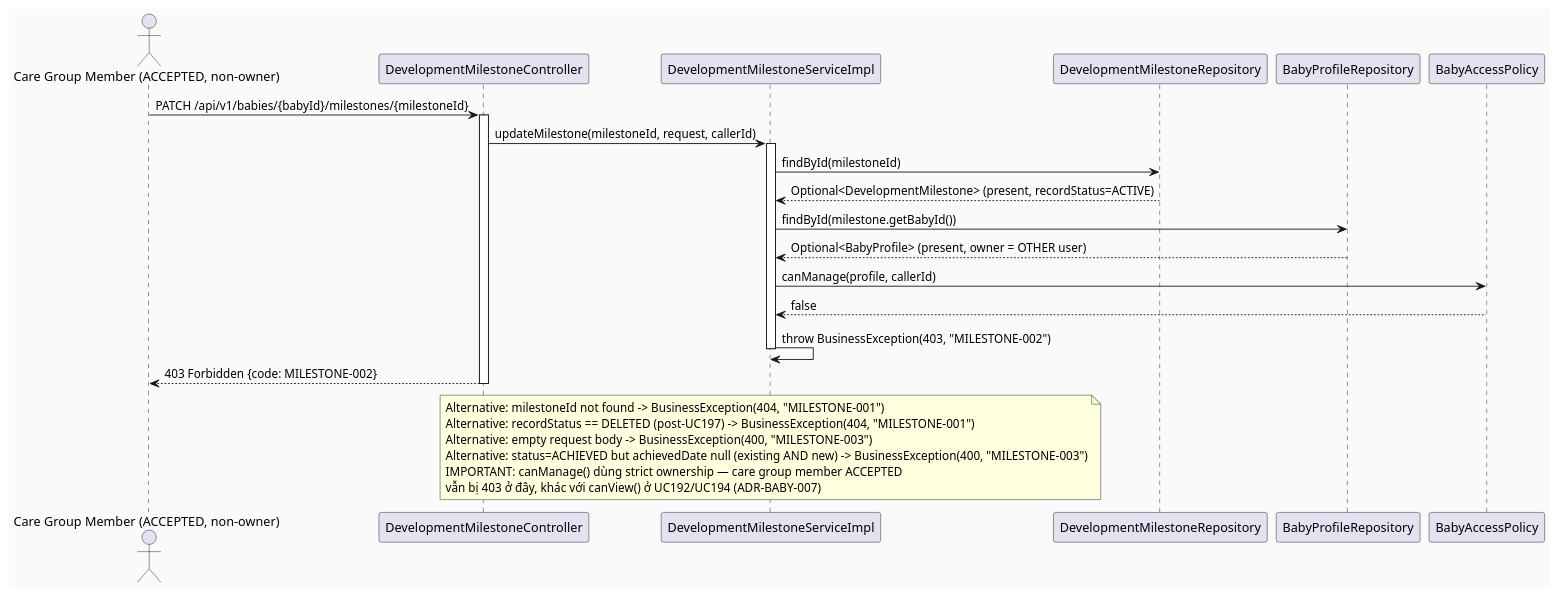
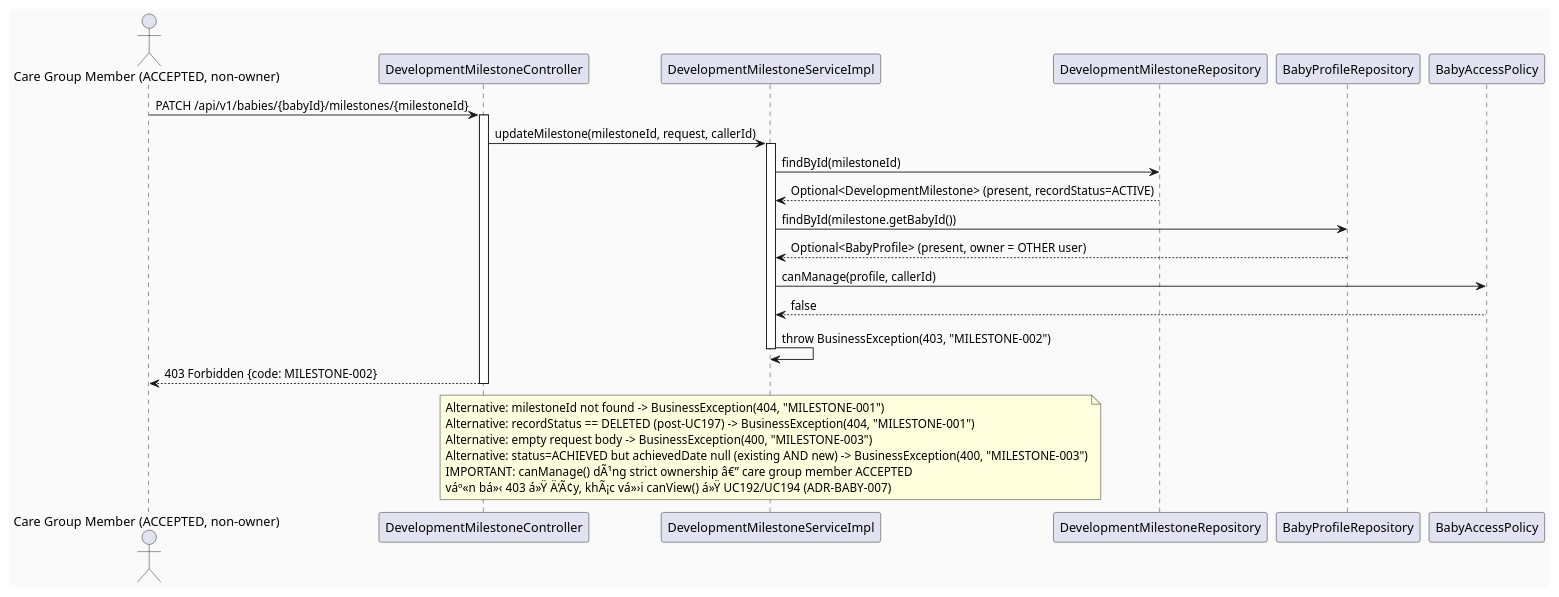
One commit to ChuongBDHE172784/CareBridge_SEP490_G79 changed the third of 4 diagrams in 04_Implement/UC196_UpdateDevelopmentMilestone/UC196_UpdateDevelopmentMilestone_TDS.md. Above: the diagram before and after it, drawn with PlantUML. The commit also changed other lines of this file and 201 other files, not shown here.

````diff
--- a/04_Implement/UC196_UpdateDevelopmentMilestone/UC196_UpdateDevelopmentMilestone_TDS.md
+++ b/04_Implement/UC196_UpdateDevelopmentMilestone/UC196_UpdateDevelopmentMilestone_TDS.md
@@ -402,35 +403,35 @@
 ```plantuml
 @startuml UpdateDevelopmentMilestone_ErrorPath
 skinparam backgroundColor #FAFAFA
 actor "Care Group Member (ACCEPTED, non-owner)" as Client
 participant "DevelopmentMilestoneController" as Controller
 participant "DevelopmentMilestoneServiceImpl" as Service
 participant "DevelopmentMilestoneRepository" as MRepo
 participant "BabyProfileRepository" as PRepo
 participant "BabyAccessPolicy" as Policy
 
 Client -> Controller : PATCH /api/v1/babies/{babyId}/milestones/{milestoneId}
 activate Controller
 Controller -> Service : updateMilestone(milestoneId, request, callerId)
 activate Service
 Service -> MRepo : findById(milestoneId)
 MRepo --> Service : Optional<DevelopmentMilestone> (present, recordStatus=ACTIVE)
 Service -> PRepo : findById(milestone.getBabyId())
 PRepo --> Service : Optional<BabyProfile> (present, owner = OTHER user)
 Service -> Policy : canManage(profile, callerId)
 Policy --> Service : false
 Service -> Service : throw BusinessException(403, "MILESTONE-002")
 deactivate Service
 Controller --> Client : 403 Forbidden {code: MILESTONE-002}
 deactivate Controller
 
 note over Service
   Alternative: milestoneId not found -> BusinessException(404, "MILESTONE-001")
   Alternative: recordStatus == DELETED (post-UC197) -> BusinessException(404, "MILESTONE-001")
   Alternative: empty request body -> BusinessException(400, "MILESTONE-003")
   Alternative: status=ACHIEVED but achievedDate null (existing AND new) -> BusinessException(400, "MILESTONE-003")
-  IMPORTANT: canManage() dùng strict ownership — care group member ACCEPTED
-  vẫn bị 403 ở đây, khác với canView() ở UC192/UC194 (ADR-BABY-007)
+  IMPORTANT: canManage() dÃ¹ng strict ownership â€” care group member ACCEPTED
+  váº«n bá»‹ 403 á»Ÿ Ä‘Ã¢y, khÃ¡c vá»›i canView() á»Ÿ UC192/UC194 (ADR-BABY-007)
 end note
 @enduml
 ```
````
